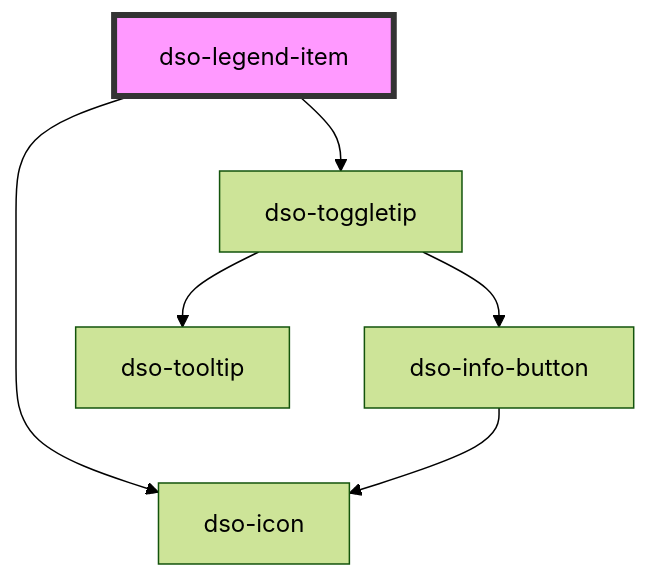
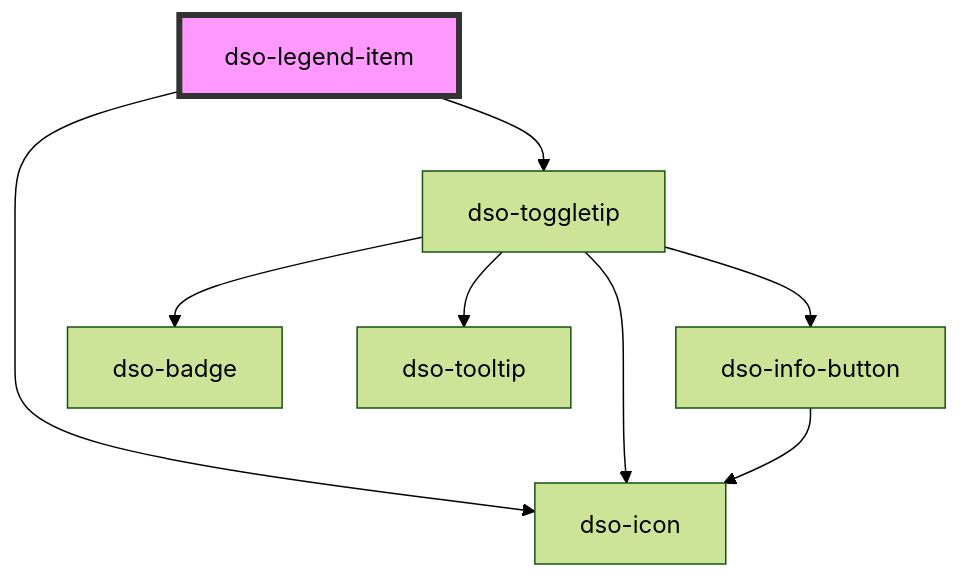
Before and after one commit to dso-toolkit/dso-toolkit: the diagram in packages/core/src/components/legend-item/readme.md, drawn with Mermaid (forest theme). The commit also changed 6 other files, not shown here.

````diff
--- a/packages/core/src/components/legend-item/readme.md
+++ b/packages/core/src/components/legend-item/readme.md
@@ -42,9 +42,11 @@
 ```mermaid
 graph TD;
   dso-legend-item --> dso-toggletip
   dso-legend-item --> dso-icon
   dso-toggletip --> dso-info-button
+  dso-toggletip --> dso-badge
+  dso-toggletip --> dso-icon
   dso-toggletip --> dso-tooltip
   dso-info-button --> dso-icon
   style dso-legend-item fill:#f9f,stroke:#333,stroke-width:4px
 ```
````
